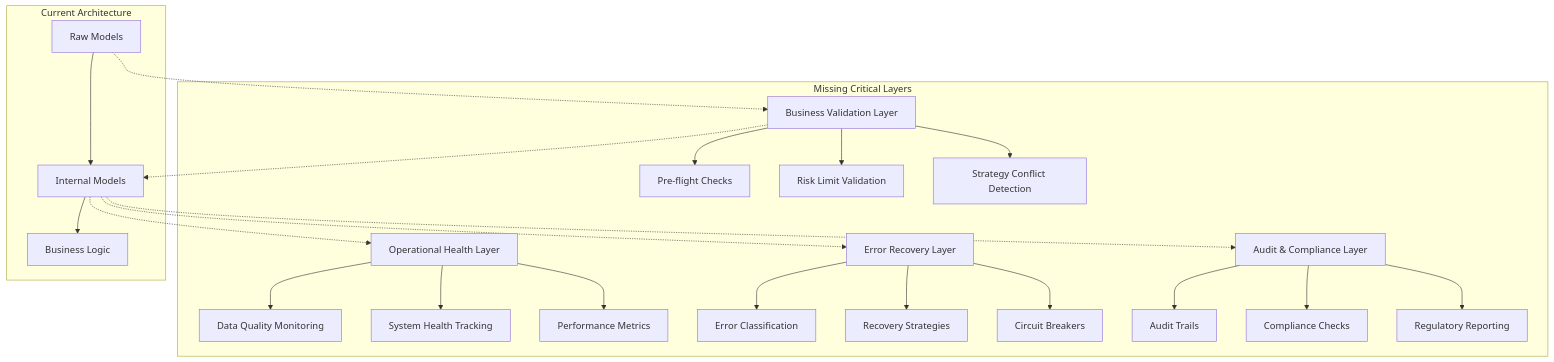
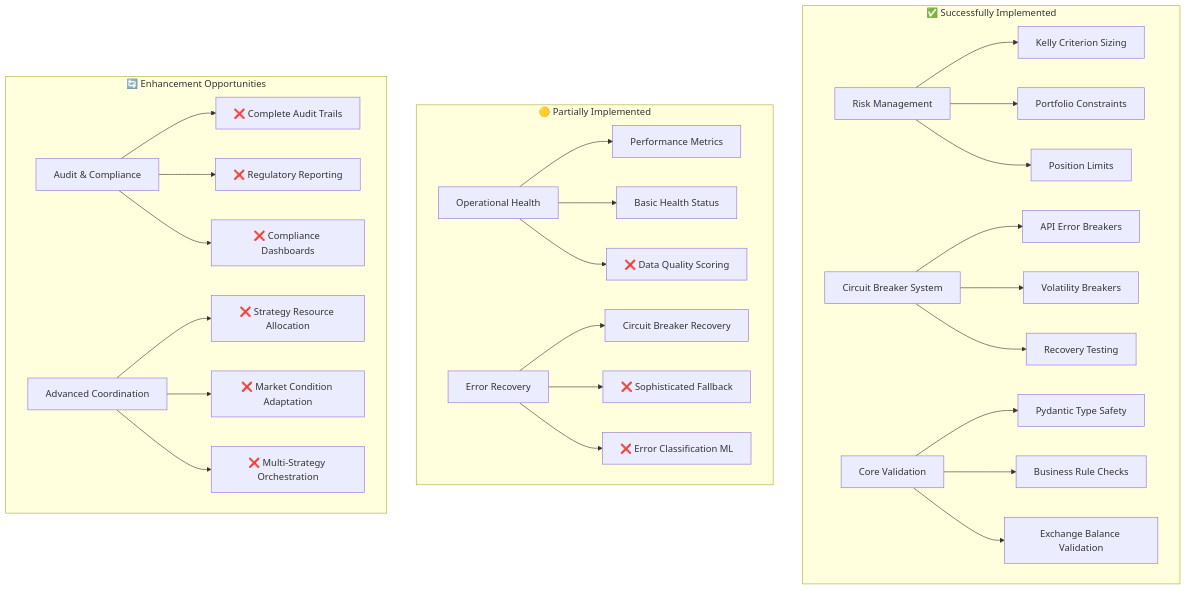
The second of 11 diagrams in workflow/business_logic/internal_models.md (plataplomo/hummingbot), drawn with Mermaid before and after one commit. The commit also changed other lines of this file and 58 other files, not shown here.

````diff
--- a/workflow/business_logic/internal_models.md
+++ b/workflow/business_logic/internal_models.md
@@ -69,31 +84,36 @@
 ```mermaid
 graph TD
-    subgraph "Missing Critical Layers"
-        A[Business Validation Layer] --> A1[Pre-flight Checks]
-        A --> A2[Risk Limit Validation]
-        A --> A3[Strategy Conflict Detection]
+    subgraph "✅ Successfully Implemented"
+        A[Risk Management] --> A1[Kelly Criterion Sizing]
+        A --> A2[Portfolio Constraints]
+        A --> A3[Position Limits]
         
-        B[Operational Health Layer] --> B1[Data Quality Monitoring]
-        B --> B2[System Health Tracking]
-        B --> B3[Performance Metrics]
+        B[Circuit Breaker System] --> B1[API Error Breakers]
+        B --> B2[Volatility Breakers]
+        B --> B3[Recovery Testing]
         
-        C[Error Recovery Layer] --> C1[Error Classification]
-        C --> C2[Recovery Strategies]
-        C --> C3[Circuit Breakers]
-        
-        D[Audit & Compliance Layer] --> D1[Audit Trails]
-        D --> D2[Compliance Checks]
-        D --> D3[Regulatory Reporting]
+        C[Core Validation] --> C1[Pydantic Type Safety]
+        C --> C2[Business Rule Checks]
+        C --> C3[Exchange Balance Validation]
     end
     
-    subgraph "Current Architecture"
-        E[Raw Models] --> F[Internal Models]
-        F --> G[Business Logic]
+    subgraph "🟡 Partially Implemented"
+        D[Operational Health] --> D1[Performance Metrics]
+        D --> D2[Basic Health Status]
+        D --> D3[❌ Data Quality Scoring]
+        
+        E[Error Recovery] --> E1[Circuit Breaker Recovery]
+        E --> E2[❌ Sophisticated Fallback]
+        E --> E3[❌ Error Classification ML]
     end
     
-    E -.-> A
-    A -.-> F
-    F -.-> B
-    F -.-> C
-    F -.-> D
+    subgraph "🔄 Enhancement Opportunities"
+        F[Audit & Compliance] --> F1[❌ Complete Audit Trails]
+        F --> F2[❌ Regulatory Reporting]
+        F --> F3[❌ Compliance Dashboards]
+        
+        G[Advanced Coordination] --> G1[❌ Strategy Resource Allocation]
+        G --> G2[❌ Market Condition Adaptation]
+        G --> G3[❌ Multi-Strategy Orchestration]
+    end
 ```
````
